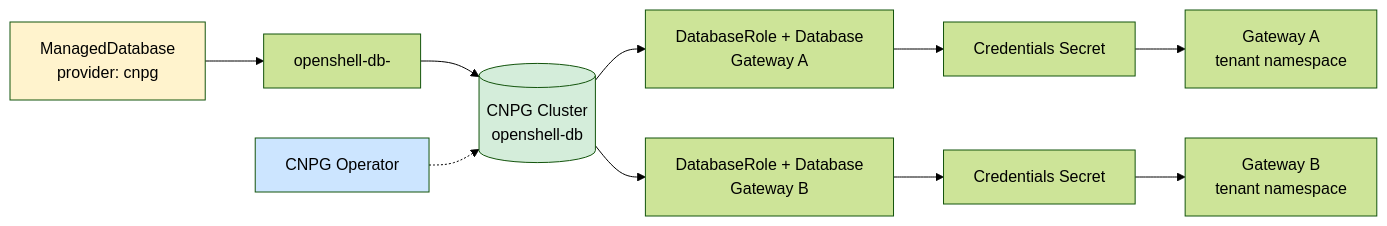
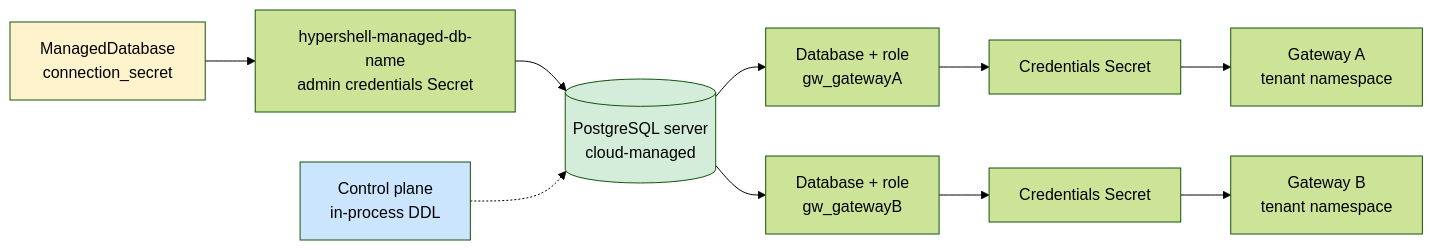
Before and after one commit to jonmosco/hypershell: the first of 2 diagrams in docs/architecture/source/data-plane.md, drawn with Mermaid (forest theme). The commit also changed other lines of this file and 148 other files, not shown here.

First line of the commit message:
feat(db): make every ManagedDatabase an externally provisioned server

````diff
--- a/docs/architecture/source/data-plane.md
+++ b/docs/architecture/source/data-plane.md
@@ -9,15 +9,15 @@
 ```mermaid
 graph LR
-  MD[ManagedDatabase<br/>provider: cnpg] --> NS[openshell-db-<id>]
-  NS --> C[(CNPG Cluster<br/>openshell-db)]
-  C --> R1[DatabaseRole + Database<br/>Gateway A]
-  C --> R2[DatabaseRole + Database<br/>Gateway B]
+  MD[ManagedDatabase<br/>connection_secret] --> NS[hypershell-managed-db-name<br/>admin credentials Secret]
+  NS --> C[(PostgreSQL server<br/>cloud-managed)]
+  C --> R1[Database + role<br/>gw_gatewayA]
+  C --> R2[Database + role<br/>gw_gatewayB]
   R1 --> S1[Credentials Secret]
   R2 --> S2[Credentials Secret]
   S1 --> GA[Gateway A<br/>tenant namespace]
   S2 --> GB[Gateway B<br/>tenant namespace]
-  OP[CNPG Operator] -.-> C
+  CP[Control plane<br/>in-process DDL] -.-> C
   style MD fill:#fff3cd
   style C fill:#d4edda
-  style OP fill:#cce5ff
+  style CP fill:#cce5ff
 ```
````
